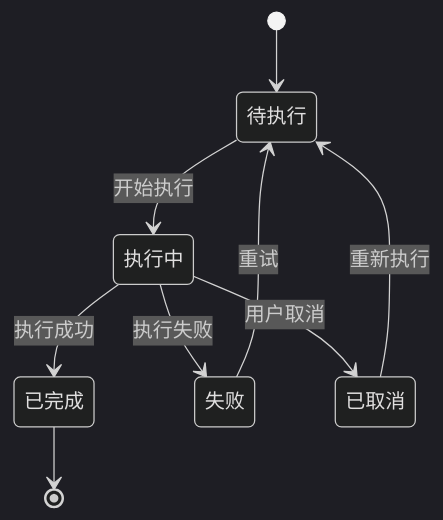
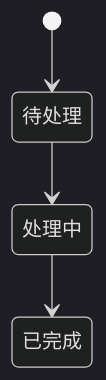
The third of 3 diagrams in 历史文档/业务流程图.md (snecjk/sclaw), drawn with Mermaid (dark theme) before and after one commit. The commit also changed other lines of this file and 7 other files, not shown here.

````diff
--- a/历史文档/业务流程图.md
+++ b/历史文档/业务流程图.md
@@ -140,11 +21,6 @@
 ```mermaid
 stateDiagram-v2
-    [*] --> 待执行
-    待执行 --> 执行中: 开始执行
-    执行中 --> 已完成: 执行成功
-    执行中 --> 失败: 执行失败
-    执行中 --> 已取消: 用户取消
-    已取消 --> 待执行: 重新执行
-    失败 --> 待执行: 重试
-    已完成 --> [*]
+    [*] --> 待处理
+    待处理 --> 处理中
+    处理中 --> 已完成
 ```
````
